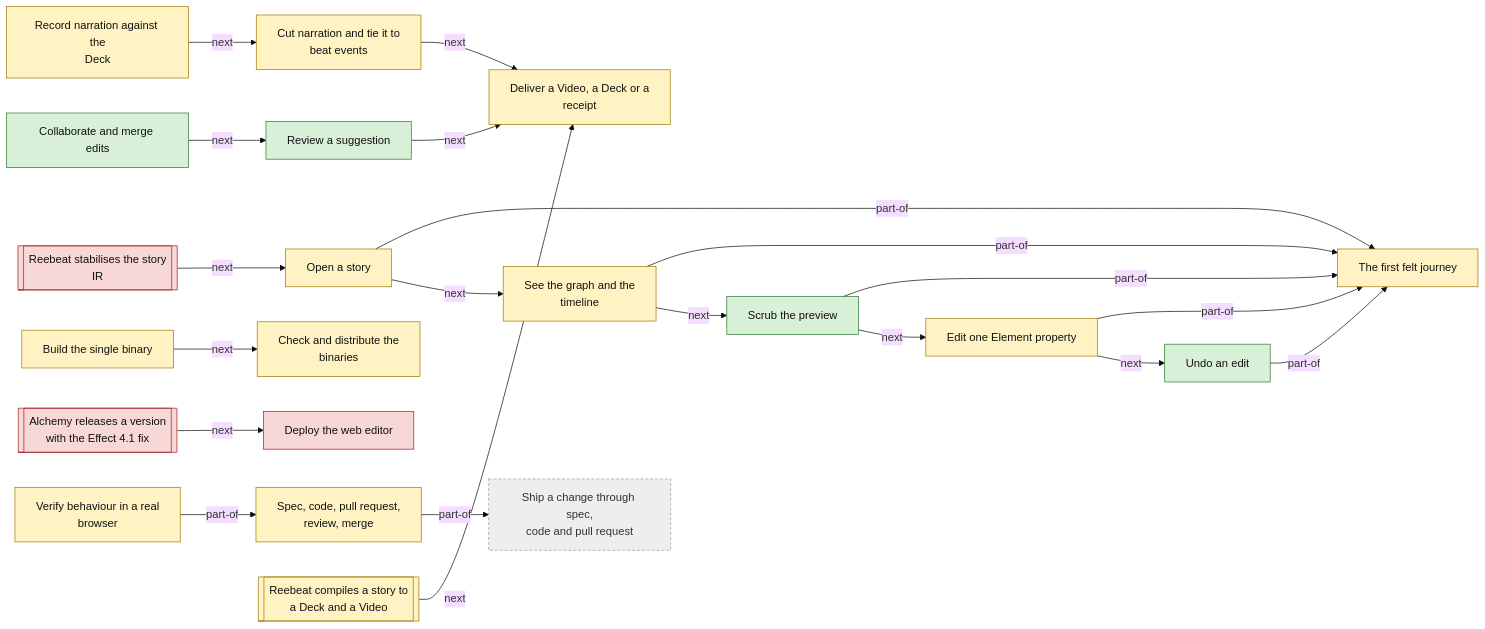
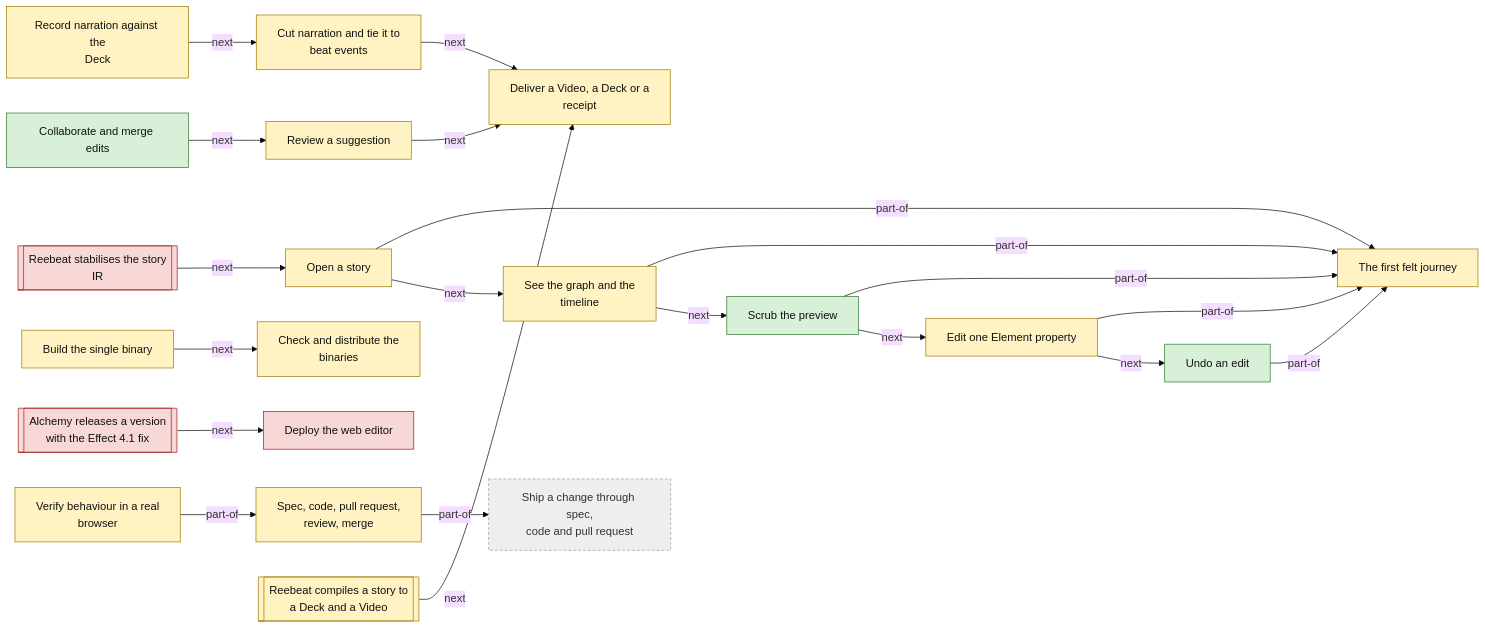
Before and after one commit to reebeat/.github: the second of 2 diagrams in docs/products/studio.md, drawn with Mermaid (base theme). The commit also changed other lines of this file and 39 other files, not shown here.

First line of the commit message:
fix(model): split decided marks from proposed ones and narrow the answers to their lines

````diff
--- a/docs/products/studio.md
+++ b/docs/products/studio.md
@@ -232,46 +232,46 @@
 ```mermaid
 flowchart LR
     classDef decided fill:#d8f0d8,stroke:#2d7a2d,color:#111
     classDef proposed fill:#fff3c4,stroke:#a07800,color:#111
     classDef open fill:#f8d7d7,stroke:#a02020,color:#111
     classDef outside fill:#eee,stroke:#999,color:#333,stroke-dasharray:4 3
     process_studio_first_journey["The first felt journey"]:::proposed
     process_studio_open_story["Open a story"]:::proposed
     process_studio_inspect_story["See the graph and the<br/>timeline"]:::proposed
     process_studio_scrub_preview["Scrub the preview"]:::decided
     process_studio_edit_property["Edit one Element property"]:::proposed
     process_studio_undo_edit["Undo an edit"]:::decided
     process_studio_record_narration["Record narration against the<br/>Deck"]:::proposed
     process_studio_cut_narration["Cut narration and tie it to<br/>beat events"]:::proposed
     process_studio_collaborate_merge["Collaborate and merge edits"]:::decided
-    process_studio_review_suggestion["Review a suggestion"]:::decided
+    process_studio_review_suggestion["Review a suggestion"]:::proposed
     process_studio_deliver["Deliver a Video, a Deck or a<br/>receipt"]:::proposed
     process_studio_build_binary["Build the single binary"]:::proposed
     process_studio_distribute_binary["Check and distribute the<br/>binaries"]:::proposed
     process_studio_deploy_web["Deploy the web editor"]:::open
     process_studio_pr_review_loop["Spec, code, pull request,<br/>review, merge"]:::proposed
     process_studio_verify_journey["Verify behaviour in a real<br/>browser"]:::proposed
     extproc_studio_reebeat_ir_stable[["Reebeat stabilises the story<br/>IR"]]:::open
     extproc_studio_reebeat_compile[["Reebeat compiles a story to<br/>a Deck and a Video"]]:::proposed
     extproc_studio_alchemy_release[["Alchemy releases a version<br/>with the Effect 4.1 fix"]]:::open
     process_org_ship_change["Ship a change through spec,<br/>code and pull request"]:::outside
     process_studio_open_story -->|part-of| process_studio_first_journey
     process_studio_open_story -->|next| process_studio_inspect_story
     process_studio_inspect_story -->|part-of| process_studio_first_journey
     process_studio_inspect_story -->|next| process_studio_scrub_preview
     process_studio_scrub_preview -->|part-of| process_studio_first_journey
     process_studio_scrub_preview -->|next| process_studio_edit_property
     process_studio_edit_property -->|part-of| process_studio_first_journey
     process_studio_edit_property -->|next| process_studio_undo_edit
     process_studio_undo_edit -->|part-of| process_studio_first_journey
     process_studio_record_narration -->|next| process_studio_cut_narration
     process_studio_cut_narration -->|next| process_studio_deliver
     process_studio_collaborate_merge -->|next| process_studio_review_suggestion
     process_studio_review_suggestion -->|next| process_studio_deliver
     process_studio_build_binary -->|next| process_studio_distribute_binary
     process_studio_pr_review_loop -->|part-of| process_org_ship_change
     process_studio_verify_journey -->|part-of| process_studio_pr_review_loop
     extproc_studio_reebeat_ir_stable -->|next| process_studio_open_story
     extproc_studio_reebeat_compile -->|next| process_studio_deliver
     extproc_studio_alchemy_release -->|next| process_studio_deploy_web
 ```
````
